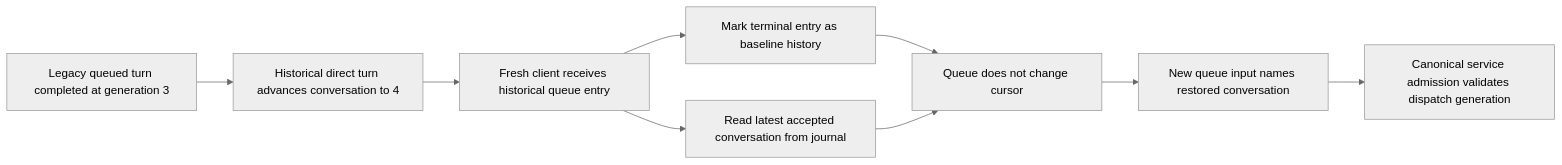
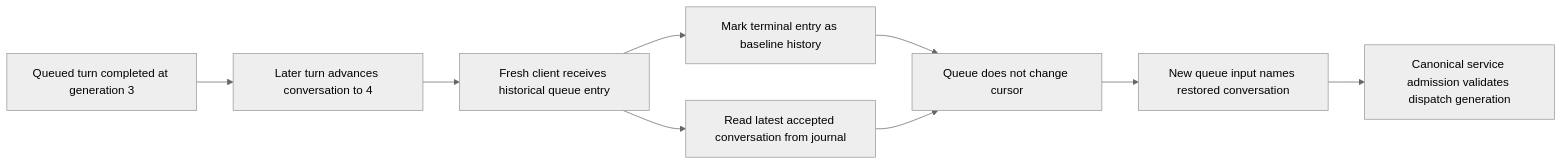
Before and after one commit to pidster/asura: diagram 11 of 11 in docs/designs/conversation-admission.md, drawn with Mermaid (neutral theme). The commit also changed other lines of this file and 107 other files, not shown here.

````diff
--- a/docs/designs/conversation-admission.md
+++ b/docs/designs/conversation-admission.md
@@ -1163,11 +1175,11 @@
 ```mermaid
 flowchart LR
-    History[Legacy queued turn completed at generation 3] --> Later[Historical direct turn advances conversation to 4]
+    History[Queued turn completed at generation 3] --> Later[Later turn advances conversation to 4]
     Later --> Launch[Fresh client receives historical queue entry]
     Launch --> Baseline[Mark terminal entry as baseline history]
     Launch --> Read[Read latest accepted conversation from journal]
     Baseline --> Cursor[Queue does not change cursor]
     Read --> Cursor
     Cursor --> Submit[New queue input names restored conversation]
     Submit --> Admit[Canonical service admission validates dispatch generation]
 ```
````
